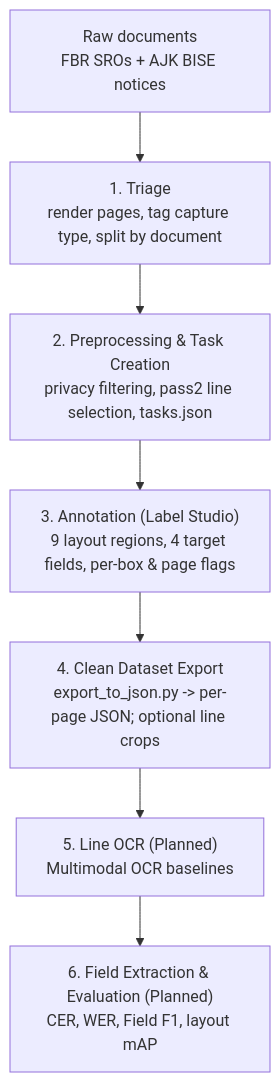
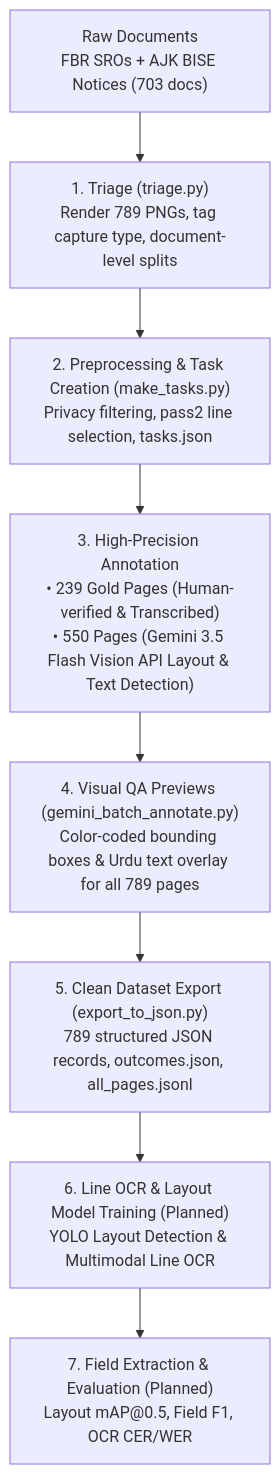
One commit to AleenaAhmed007/Nastaliq-Document-Intelligence changed the diagram in README.md. Above: the diagram before and after it, drawn with Mermaid. The commit also changed other lines of this file and 1 other file, not shown here.

Commit message:
Update README and PROJECT_DOCUMENTATION with Gemini Vision pipeline and 789-page dataset stats

````diff
--- a/README.md
+++ b/README.md
@@ -11,9 +13,10 @@
 ```mermaid
 flowchart TD
-    A["Raw documents<br/>FBR SROs + AJK BISE notices"] --> B["1. Triage<br/>render pages, tag capture type, split by document"]
-    B --> C["2. Preprocessing & Task Creation<br/>privacy filtering, pass2 line selection, tasks.json"]
-    C --> D["3. Annotation (Label Studio)<br/>9 layout regions, 4 target fields, per-box & page flags"]
-    D --> E["4. Clean Dataset Export<br/>export_to_json.py -> per-page JSON; optional line crops"]
-    E --> F["5. Line OCR (Planned)<br/>Multimodal OCR baselines"]
-    F --> G["6. Field Extraction & Evaluation (Planned)<br/>CER, WER, Field F1, layout mAP"]
+    A["Raw Documents<br/>FBR SROs + AJK BISE Notices (703 docs)"] --> B["1. Triage (triage.py)<br/>Render 789 PNGs, tag capture type, document-level splits"]
+    B --> C["2. Preprocessing & Task Creation (make_tasks.py)<br/>Privacy filtering, pass2 line selection, tasks.json"]
+    C --> D["3. High-Precision Annotation<br/>• 239 Gold Pages (Human-verified & Transcribed)<br/>• 550 Pages (Gemini 3.5 Flash Vision API Layout & Text Detection)"]
+    D --> E["4. Visual QA Previews (gemini_batch_annotate.py)<br/>Color-coded bounding boxes & Urdu text overlay for all 789 pages"]
+    E --> F["5. Clean Dataset Export (export_to_json.py)<br/>789 structured JSON records, outcomes.json, all_pages.jsonl"]
+    F --> G["6. Line OCR & Layout Model Training (Planned)<br/>YOLO Layout Detection & Multimodal Line OCR"]
+    G --> H["7. Field Extraction & Evaluation (Planned)<br/>Layout mAP@0.5, Field F1, OCR CER/WER"]
 ```
````
